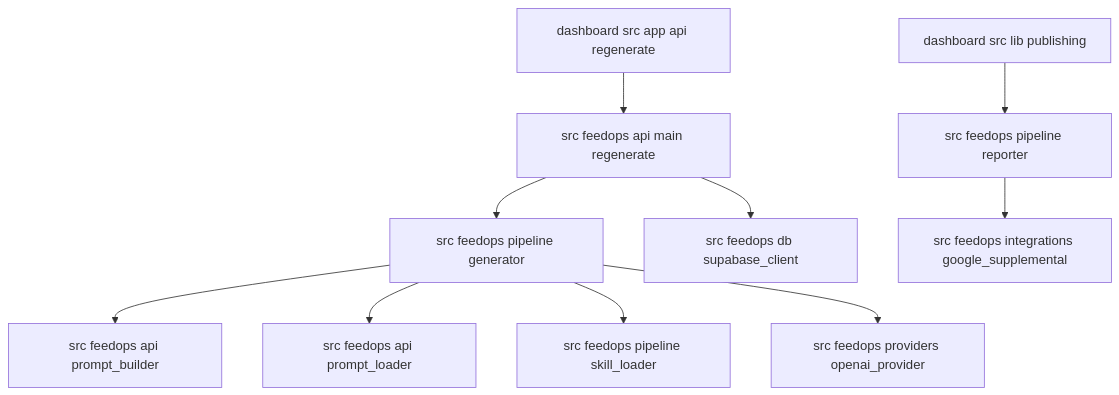
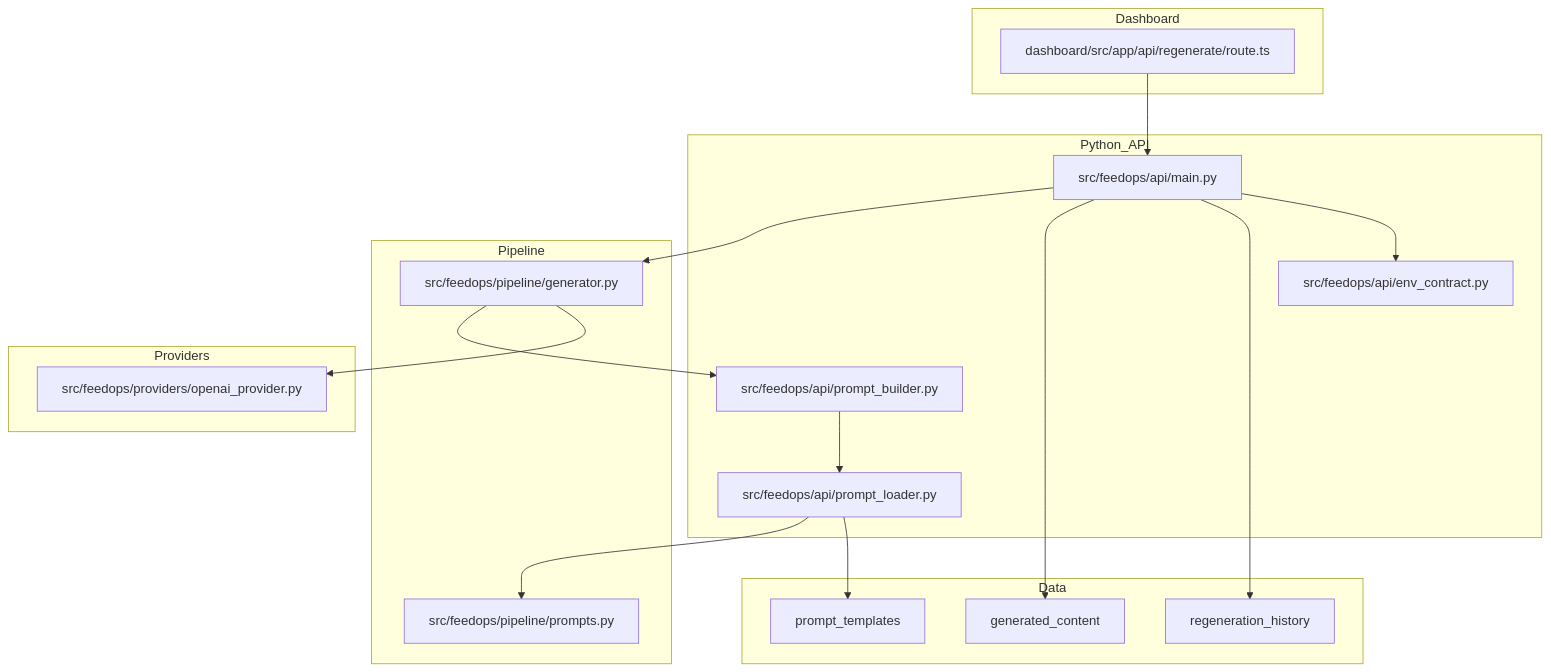
The fourth of 4 diagrams in docs/architecture/2026-02-26-prompt-source-and-generation-flow.md (bobby-andris/Allied-FeedOps), drawn with Mermaid before and after one commit. The commit also changed other lines of this file and 9 other files, not shown here.

Commit message:
ci(parity): enforce runtime env contract and add lineage smoke runbook (#19)

````diff
--- a/docs/architecture/2026-02-26-prompt-source-and-generation-flow.md
+++ b/docs/architecture/2026-02-26-prompt-source-and-generation-flow.md
@@ -111,12 +69,39 @@
 ```mermaid
-flowchart TD
-  A["dashboard src app api regenerate"] --> B["src feedops api main regenerate"]
-  B --> C["src feedops pipeline generator"]
-  C --> D["src feedops api prompt_builder"]
-  C --> E["src feedops api prompt_loader"]
-  C --> F["src feedops pipeline skill_loader"]
-  C --> G["src feedops providers openai_provider"]
-  B --> H["src feedops db supabase_client"]
-  I["dashboard src lib publishing"] --> J["src feedops pipeline reporter"]
-  J --> K["src feedops integrations google_supplemental"]
+flowchart TB
+  subgraph Dashboard
+    D1["dashboard/src/app/api/regenerate/route.ts"]
+  end
+
+  subgraph Python_API
+    P1["src/feedops/api/main.py"]
+    P2["src/feedops/api/prompt_loader.py"]
+    P3["src/feedops/api/prompt_builder.py"]
+    P4["src/feedops/api/env_contract.py"]
+  end
+
+  subgraph Pipeline
+    G1["src/feedops/pipeline/generator.py"]
+    G2["src/feedops/pipeline/prompts.py"]
+  end
+
+  subgraph Providers
+    O1["src/feedops/providers/openai_provider.py"]
+  end
+
+  subgraph Data
+    S1["generated_content"]
+    S2["regeneration_history"]
+    S3["prompt_templates"]
+  end
+
+  D1 --> P1
+  P1 --> G1
+  G1 --> P3
+  P3 --> P2
+  P2 --> G2
+  G1 --> O1
+  P1 --> S1
+  P1 --> S2
+  P2 --> S3
+  P1 --> P4
 ```
````
